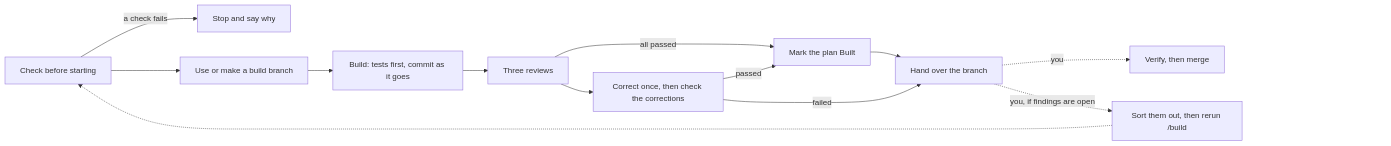
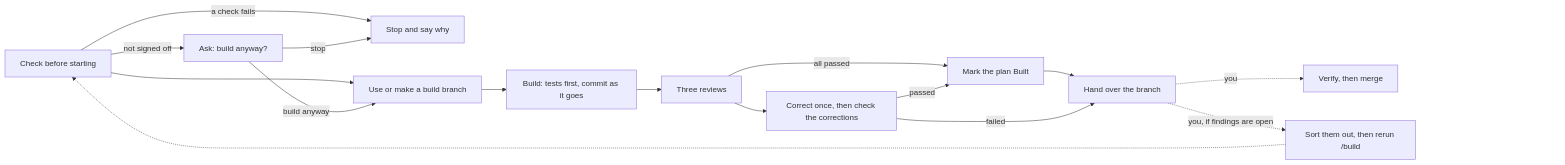
One commit to michaelmarconi/agentic-engineering changed the diagram in docs/skills/build.md. Above: the diagram before and after it, drawn with Mermaid. The commit also changed other lines of this file and 3 other files, not shown here.

First line of the commit message:
Let the person build a plan before it is signed off

````diff
--- a/docs/skills/build.md
+++ b/docs/skills/build.md
@@ -11,17 +11,20 @@
 ```mermaid
 flowchart LR
     Check[Check before starting] -->|a check fails| Stop[Stop and say why]
     Check --> Branch[Use or make a build branch]
+    Check -->|not signed off| Ask[Ask: build anyway?]
+    Ask -->|stop| Stop
+    Ask -->|build anyway| Branch
     Branch --> Build[Build: tests first, commit as it goes]
     Build --> Review[Three reviews]
     Review --> Correct[Correct once, then check the corrections]
     Review -->|all passed| Built
     Correct -->|passed| Built[Mark the plan Built]
     Built --> Hand[Hand over the branch]
     Correct -->|failed| Hand
     Hand -.->|you| Verify[Verify, then merge]
     Hand -.->|you, if findings are open| Sort[Sort them out, then rerun /build]
     Sort -.-> Check
     Verify ~~~ Pad["#nbsp;#nbsp;#nbsp;#nbsp;#nbsp;#nbsp;#nbsp;#nbsp;#nbsp;#nbsp;#nbsp;#nbsp;#nbsp;#nbsp;#nbsp;#nbsp;#nbsp;#nbsp;#nbsp;#nbsp;#nbsp;#nbsp;#nbsp;#nbsp;#nbsp;#nbsp;#nbsp;#nbsp;#nbsp;#nbsp;#nbsp;#nbsp;#nbsp;#nbsp;#nbsp;#nbsp;#nbsp;#nbsp;#nbsp;#nbsp;"]
     style Pad fill:none,stroke:none
 ```
````
